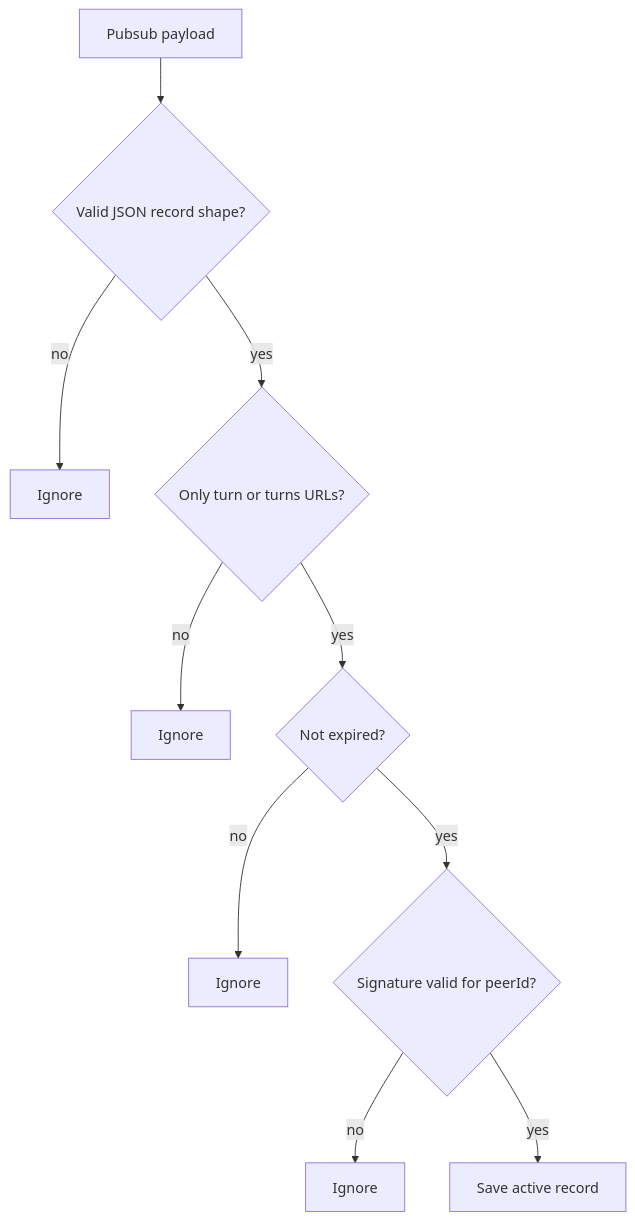
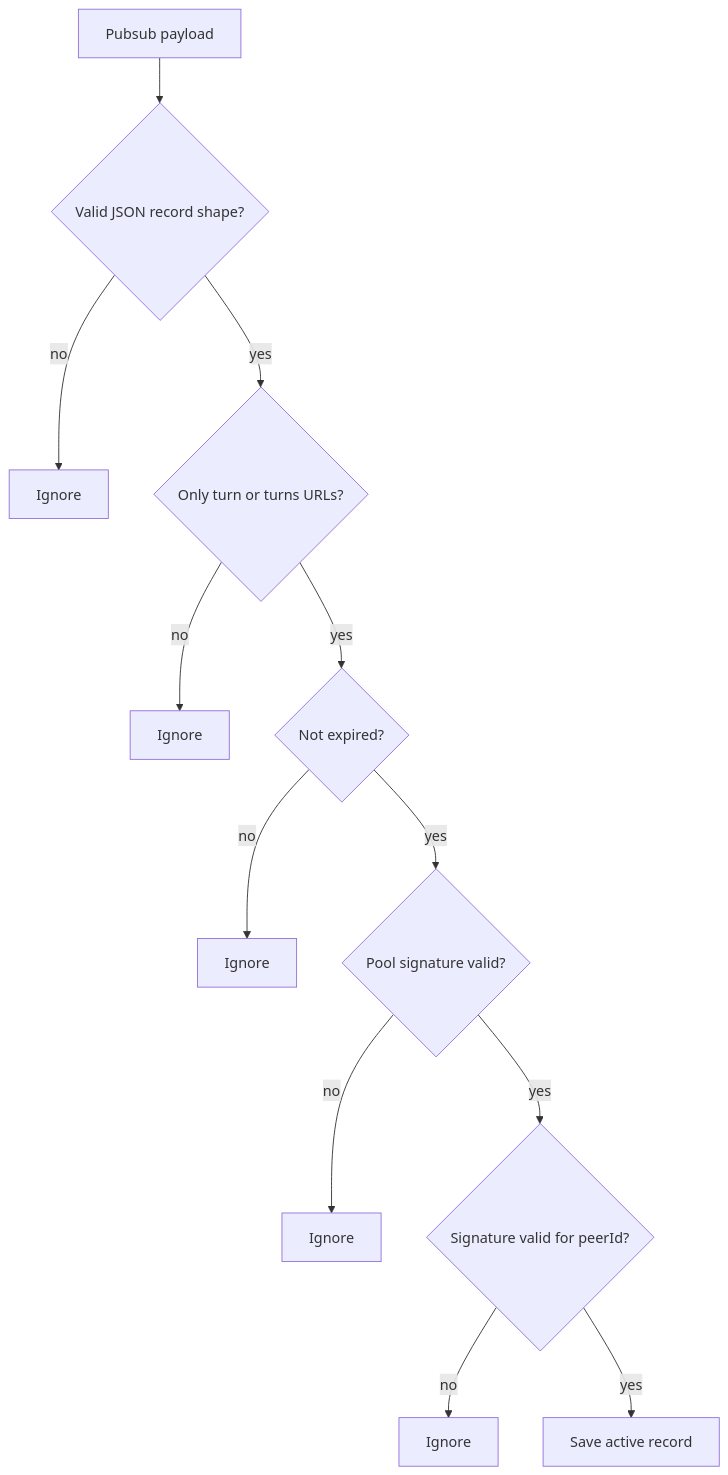
The third of 5 diagrams in docs/calls-turn-relay-discovery.md (haskou/pigeon-swarm-node), drawn with Mermaid before and after one commit. The commit also changed other lines of this file and 14 other files, not shown here.

````diff
--- a/docs/calls-turn-relay-discovery.md
+++ b/docs/calls-turn-relay-discovery.md
@@ -138,12 +144,14 @@
 ```mermaid
 flowchart TD
     Payload["Pubsub payload"] --> Shape{"Valid JSON record shape?"}
     Shape -- no --> Ignore1["Ignore"]
     Shape -- yes --> Urls{"Only turn or turns URLs?"}
     Urls -- no --> Ignore2["Ignore"]
     Urls -- yes --> Expiry{"Not expired?"}
     Expiry -- no --> Ignore3["Ignore"]
-    Expiry -- yes --> Signature{"Signature valid for peerId?"}
-    Signature -- no --> Ignore4["Ignore"]
+    Expiry -- yes --> Pool{"Pool signature valid?"}
+    Pool -- no --> Ignore4["Ignore"]
+    Pool -- yes --> Signature{"Signature valid for peerId?"}
+    Signature -- no --> Ignore5["Ignore"]
     Signature -- yes --> Cache["Save active record"]
 ```
````
